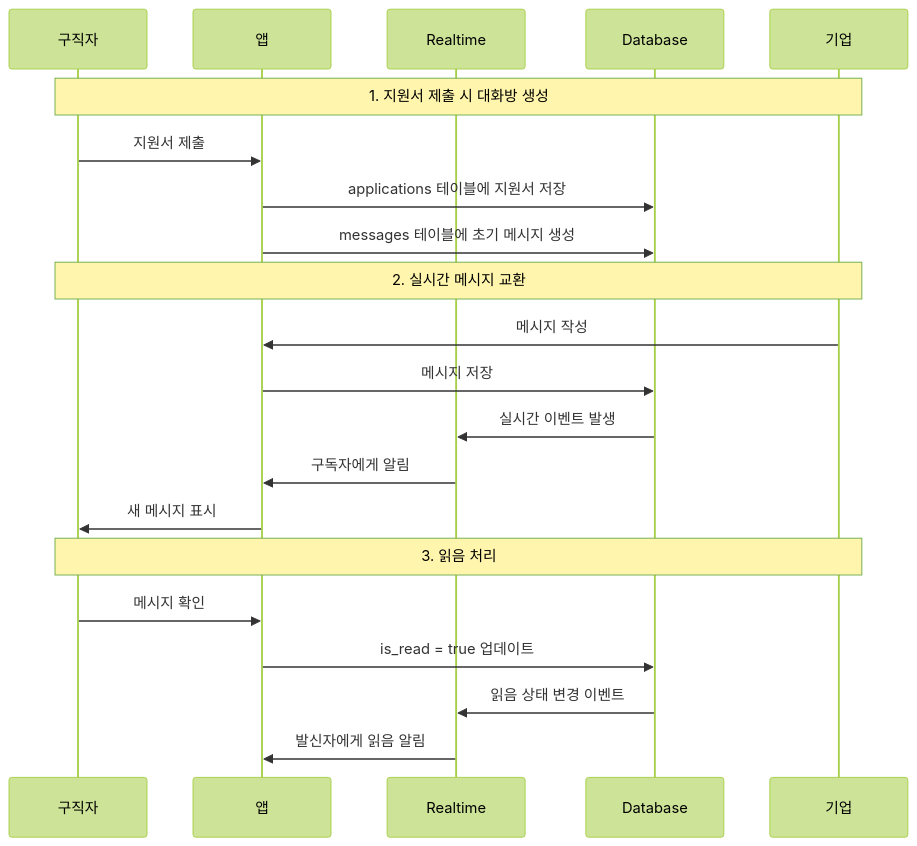
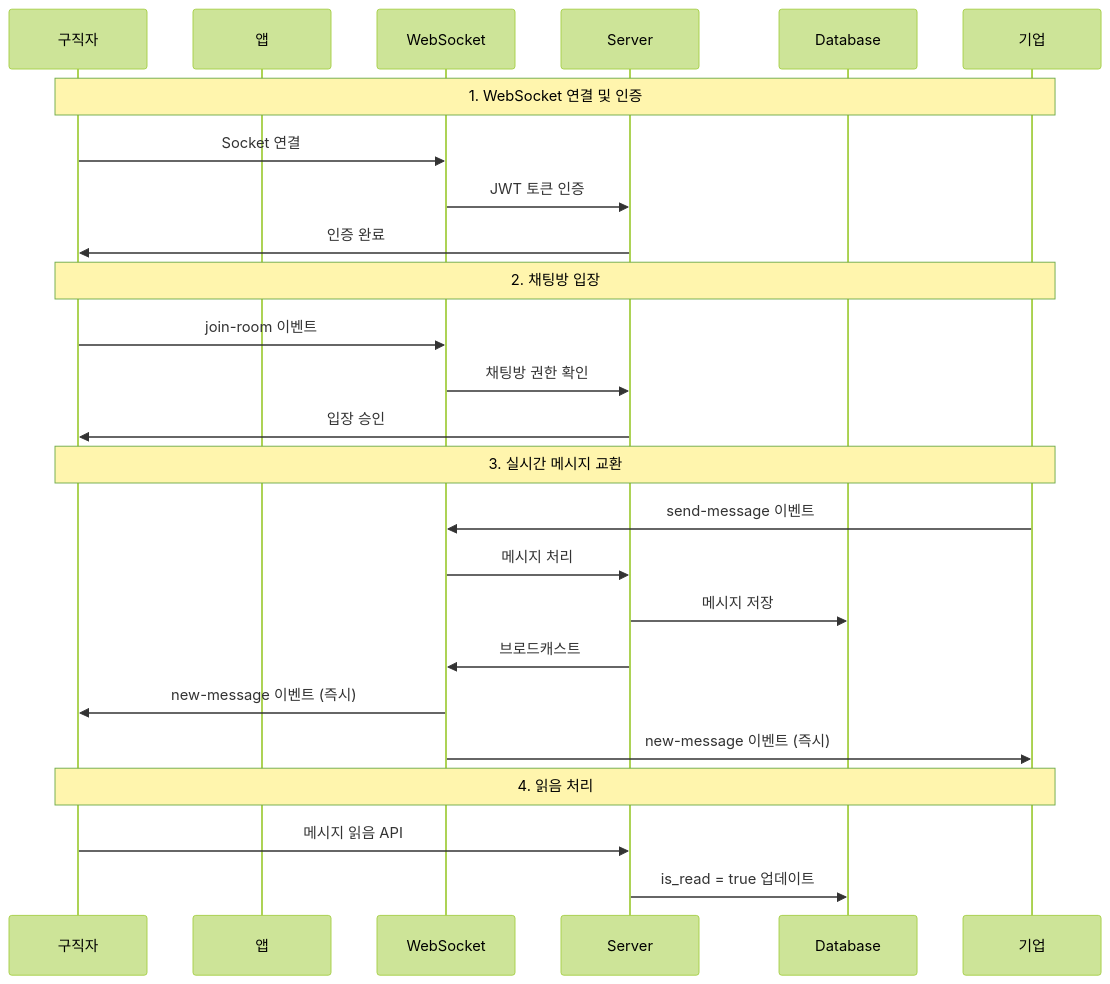
Before and after one commit to hyson0807/kgency: the diagram in docs/features/messaging.md, drawn with Mermaid (forest theme). The commit also changed other lines of this file and 3 other files, not shown here.

````diff
--- a/docs/features/messaging.md
+++ b/docs/features/messaging.md
@@ -9,26 +11,31 @@
 ```mermaid
 sequenceDiagram
     participant U as 구직자
     participant A as 앱
-    participant RT as Realtime
+    participant WS as WebSocket
+    participant S as Server
     participant DB as Database
     participant C as 기업
     
-    Note over U,C: 1. 지원서 제출 시 대화방 생성
-    U->>A: 지원서 제출
-    A->>DB: applications 테이블에 지원서 저장
-    A->>DB: messages 테이블에 초기 메시지 생성
+    Note over U,C: 1. WebSocket 연결 및 인증
+    U->>WS: Socket 연결
+    WS->>S: JWT 토큰 인증
+    S->>U: 인증 완료
     
-    Note over U,C: 2. 실시간 메시지 교환
-    C->>A: 메시지 작성
-    A->>DB: 메시지 저장
-    DB->>RT: 실시간 이벤트 발생
-    RT->>A: 구독자에게 알림
-    A->>U: 새 메시지 표시
+    Note over U,C: 2. 채팅방 입장
+    U->>WS: join-room 이벤트
+    WS->>S: 채팅방 권한 확인
+    S->>U: 입장 승인
     
-    Note over U,C: 3. 읽음 처리
-    U->>A: 메시지 확인
-    A->>DB: is_read = true 업데이트
-    DB->>RT: 읽음 상태 변경 이벤트
-    RT->>A: 발신자에게 읽음 알림
+    Note over U,C: 3. 실시간 메시지 교환
+    C->>WS: send-message 이벤트
+    WS->>S: 메시지 처리
+    S->>DB: 메시지 저장
+    S->>WS: 브로드캐스트
+    WS->>U: new-message 이벤트 (즉시)
+    WS->>C: new-message 이벤트 (즉시)
+    
+    Note over U,C: 4. 읽음 처리
+    U->>S: 메시지 읽음 API
+    S->>DB: is_read = true 업데이트
 ```
````
